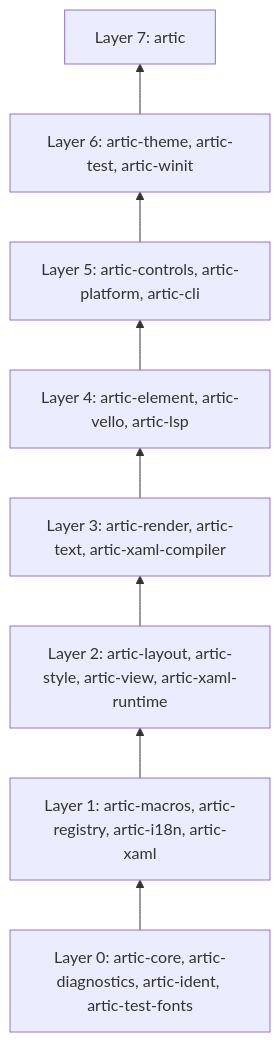
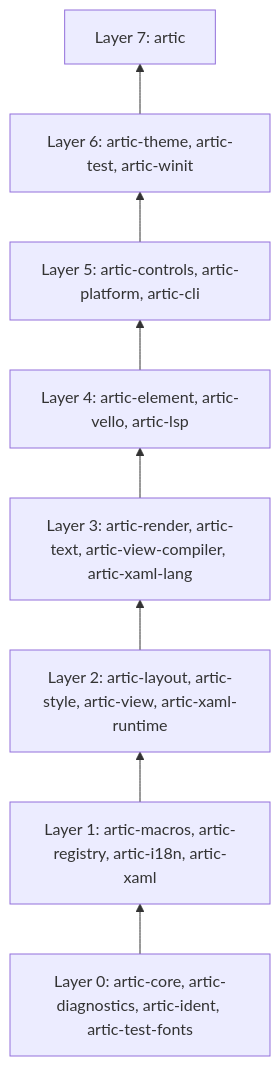
One commit to wolfware-labs/artic changed the diagram in README.md. Above: the diagram before and after it, drawn with Mermaid. The commit also changed other lines of this file and 146 other files, not shown here.

First line of the commit message:
refactor(view-compiler): compile the views of any UI language (#346)

````diff
--- a/README.md
+++ b/README.md
@@ -90,12 +91,12 @@
 ```mermaid
 flowchart BT
   L0["Layer 0: artic-core, artic-diagnostics, artic-ident, artic-test-fonts"]
   L1["Layer 1: artic-macros, artic-registry, artic-i18n, artic-xaml"]
   L2["Layer 2: artic-layout, artic-style, artic-view, artic-xaml-runtime"]
-  L3["Layer 3: artic-render, artic-text, artic-xaml-compiler"]
+  L3["Layer 3: artic-render, artic-text, artic-view-compiler, artic-xaml-lang"]
   L4["Layer 4: artic-element, artic-vello, artic-lsp"]
   L5["Layer 5: artic-controls, artic-platform, artic-cli"]
   L6["Layer 6: artic-theme, artic-test, artic-winit"]
   L7["Layer 7: artic"]
   L0 --> L1 --> L2 --> L3 --> L4 --> L5 --> L6 --> L7
 ```
````
